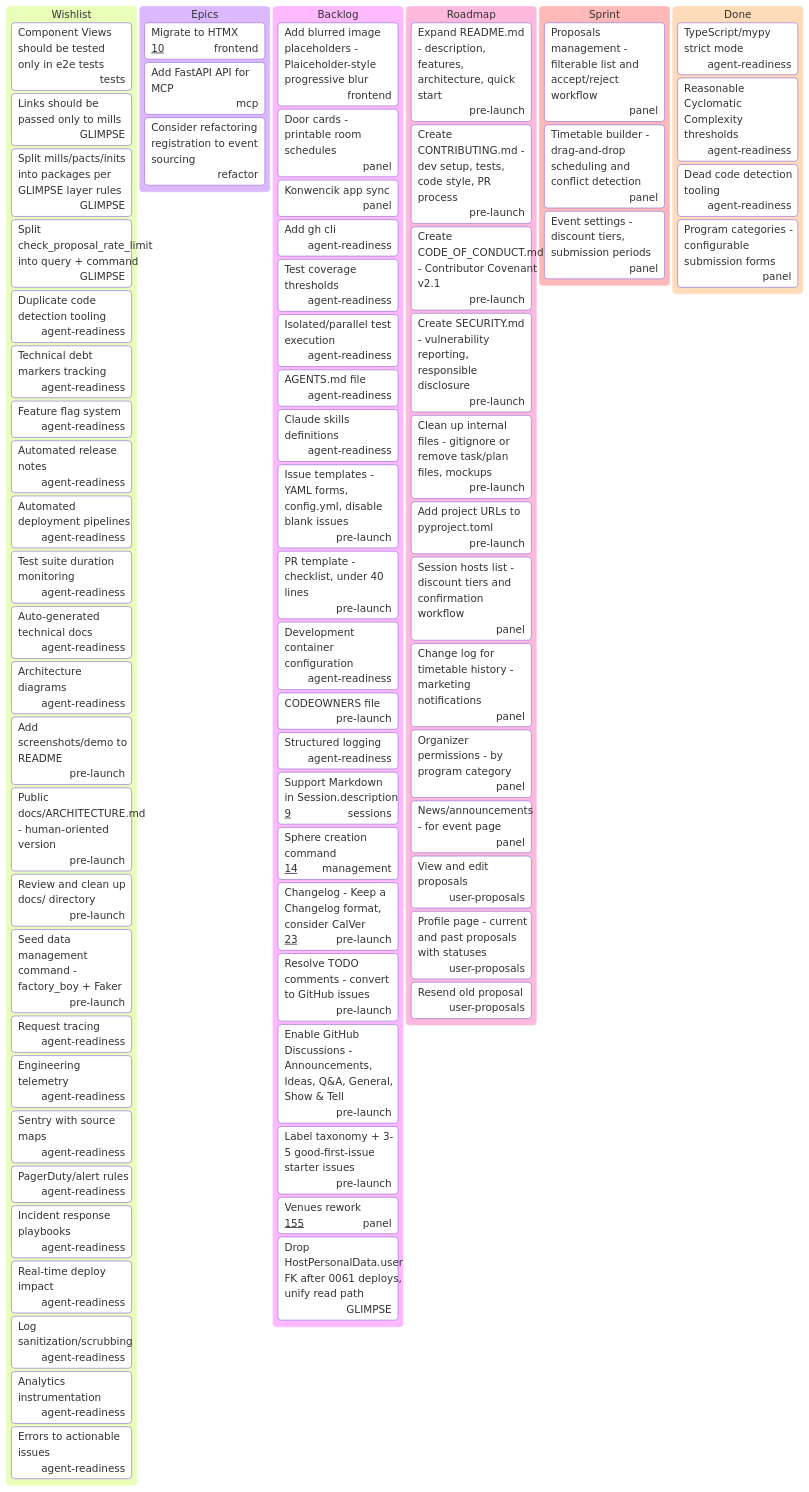
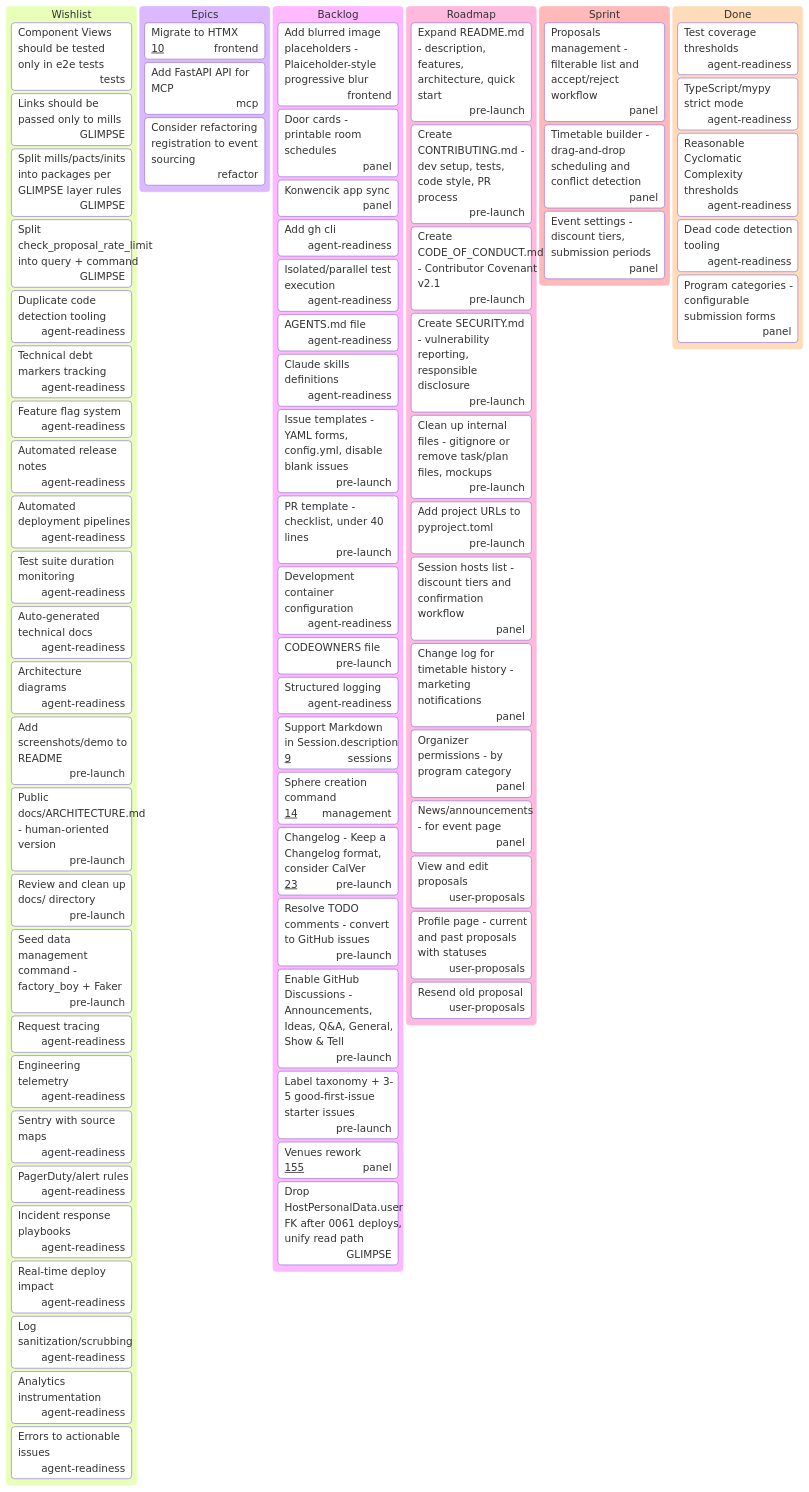
One commit to fancysnake/ludamus changed the diagram in TODO.md. Above: the diagram before and after it, drawn with Mermaid. The commit also changed other lines of this file and 2 other files, not shown here.

First line of the commit message:
Add test coverage thresholds

```diff
--- a/TODO.md
+++ b/TODO.md
@@ -56,7 +56,6 @@
     [Door cards - printable room schedules]@{ assigned: 'panel' }
     [Konwencik app sync]@{ assigned: 'panel' }
     [Add gh cli]@{ assigned: 'agent-readiness' }
-    [Test coverage thresholds]@{ assigned: 'agent-readiness' }
     [Isolated/parallel test execution]@{ assigned: 'agent-readiness' }
     [AGENTS.md file]@{ assigned: 'agent-readiness' }
     [Claude skills definitions]@{ assigned: 'agent-readiness' }
@@ -131,6 +130,7 @@
     [Event settings - discount tiers, submission periods]@{ assigned: 'panel' }
 
   Done
+    [Test coverage thresholds]@{ assigned: 'agent-readiness' }
     [TypeScript/mypy strict mode]@{ assigned: 'agent-readiness' }
     [Reasonable Cyclomatic Complexity thresholds]@{
       assigned: 'agent-readiness'
```
